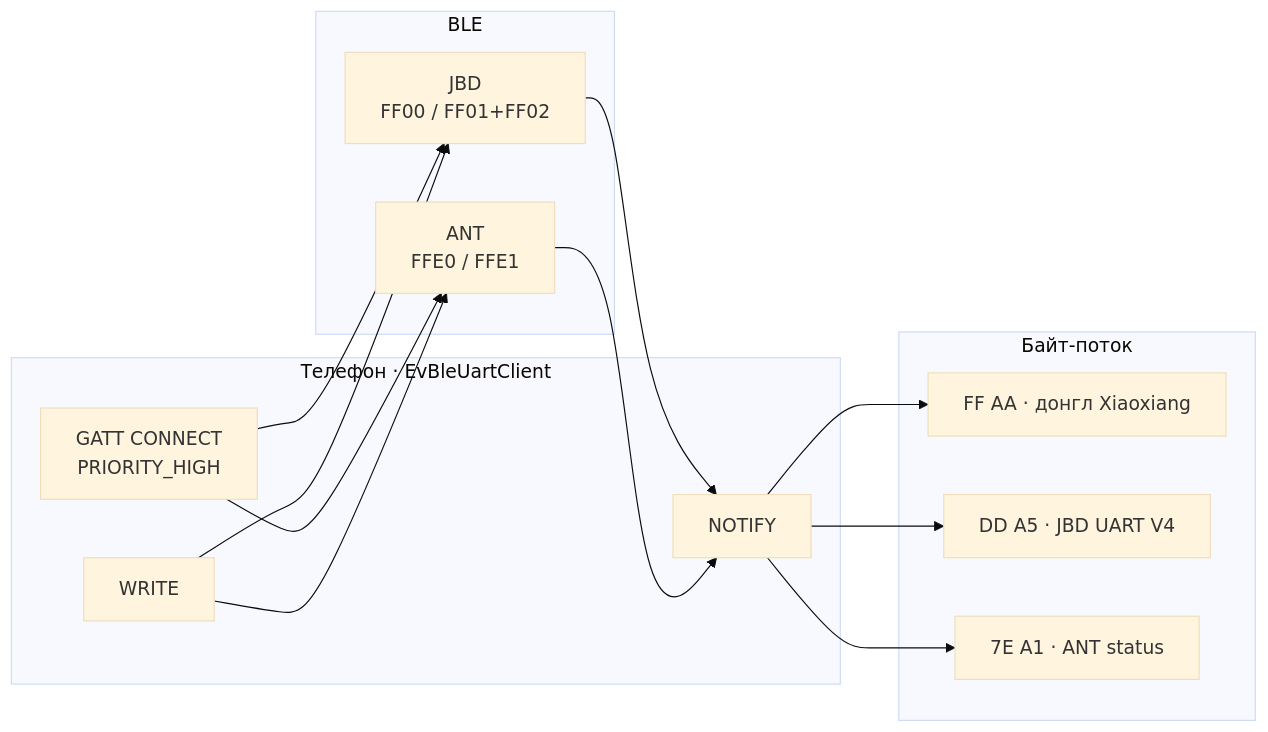
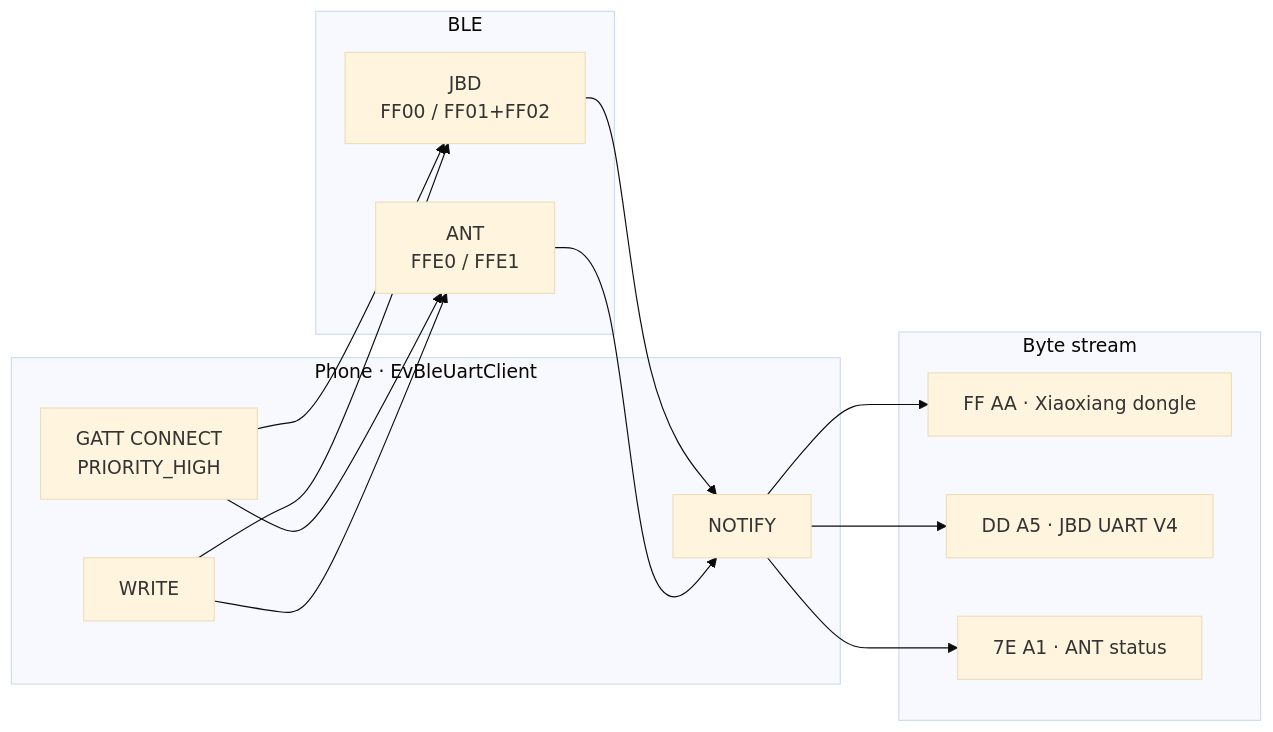
The first of 9 diagrams in BMS_DATA_ABOUT.md (livello/OsmAnd), drawn with Mermaid (base theme) before and after one commit. The commit also changed other lines of this file and 2 other files, not shown here.

````diff
--- a/BMS_DATA_ABOUT.md
+++ b/BMS_DATA_ABOUT.md
@@ -26,26 +26,26 @@
 ```mermaid
 flowchart LR
-  subgraph Phone["Телефон · EvBleUartClient"]
+  subgraph Phone["Phone · EvBleUartClient"]
     GATT["GATT CONNECT<br/>PRIORITY_HIGH"]
     N["NOTIFY"]
     W["WRITE"]
   end
   subgraph Air["BLE"]
     JBD["JBD<br/>FF00 / FF01+FF02"]
     ANT["ANT<br/>FFE0 / FFE1"]
   end
-  subgraph UART["Байт-поток"]
-    MOD["FF AA · донгл Xiaoxiang"]
+  subgraph UART["Byte stream"]
+    MOD["FF AA · Xiaoxiang dongle"]
     JUART["DD A5 · JBD UART V4"]
     AUART["7E A1 · ANT status"]
   end
   GATT --> JBD
   GATT --> ANT
   W --> JBD
   W --> ANT
   JBD --> N
   ANT --> N
   N --> MOD
   N --> JUART
   N --> AUART
 ```
````
